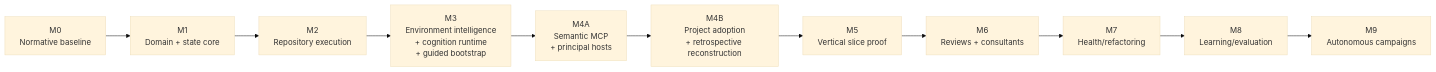
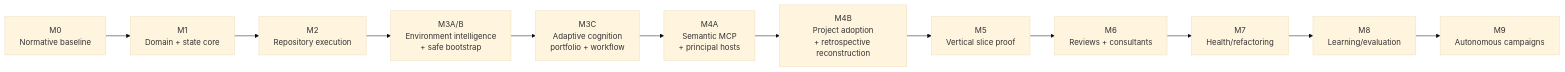
The diagram in docs/IMPLEMENTATION_PLAN.md (olostan/DevCadence), drawn with Mermaid (base theme) before and after one commit. The commit also changed other lines of this file and 20 other files, not shown here.

Commit message:
docs: rebaseline adaptive cognition portfolio architecture

````diff
--- a/docs/IMPLEMENTATION_PLAN.md
+++ b/docs/IMPLEMENTATION_PLAN.md
@@ -11,16 +11,17 @@
 ```mermaid
 flowchart LR
     M0["M0<br/>Normative baseline"]
     M1["M1<br/>Domain + state core"]
     M2["M2<br/>Repository execution"]
-    M3["M3<br/>Environment intelligence<br/>+ cognition runtime<br/>+ guided bootstrap"]
+    M3["M3A/B<br/>Environment intelligence<br/>+ safe bootstrap"]
+    M3C["M3C<br/>Adaptive cognition<br/>portfolio + workflow"]
     M4A["M4A<br/>Semantic MCP<br/>+ principal hosts"]
     M4B["M4B<br/>Project adoption<br/>+ retrospective reconstruction"]
     M5["M5<br/>Vertical slice proof"]
     M6["M6<br/>Reviews + consultants"]
     M7["M7<br/>Health/refactoring"]
     M8["M8<br/>Learning/evaluation"]
     M9["M9<br/>Autonomous campaigns"]
 
-    M0 --> M1 --> M2 --> M3 --> M4A --> M4B --> M5 --> M6 --> M7 --> M8 --> M9
+    M0 --> M1 --> M2 --> M3 --> M3C --> M4A --> M4B --> M5 --> M6 --> M7 --> M8 --> M9
 ```
````
